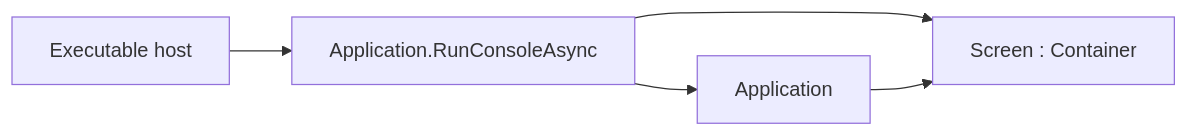
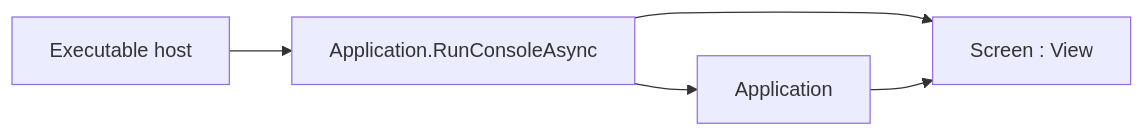
One commit to pavkam/sharp-vision changed the diagram in docs/concepts/screen.md. Above: the diagram before and after it, drawn with Mermaid. The commit also changed other lines of this file and 5 other files, not shown here.

````diff
--- a/docs/concepts/screen.md
+++ b/docs/concepts/screen.md
@@ -11,7 +11,7 @@
 ```mermaid
 flowchart LR
     Host["Executable host"] --> Run["Application.RunConsoleAsync"]
-    Run --> Screen["Screen : Container"]
+    Run --> Screen["Screen : View"]
     Run --> Application["Application"]
     Application --> Screen
 ```
````
